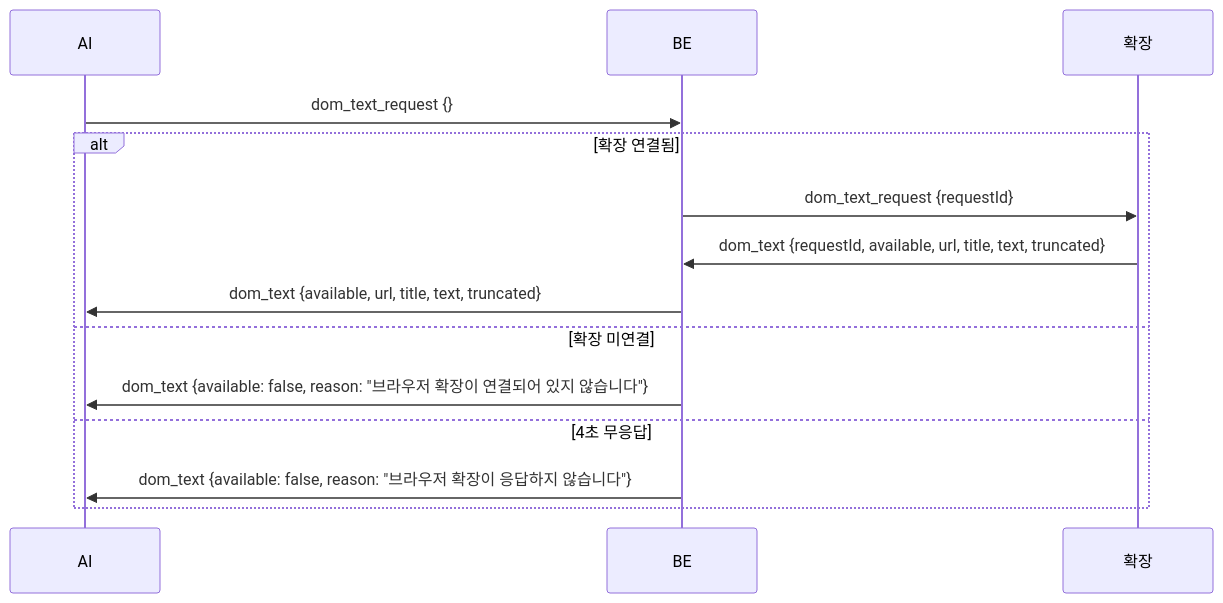
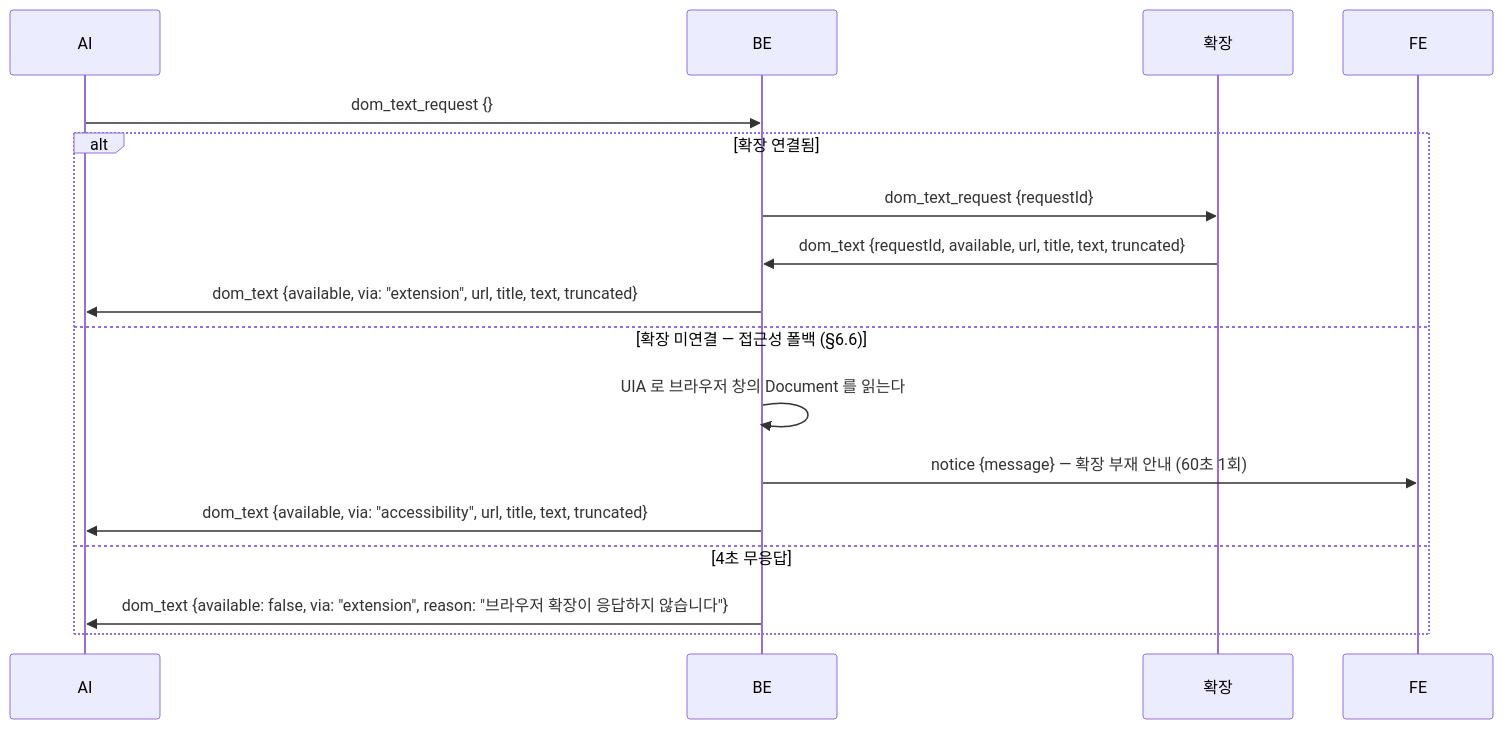
One commit to 42JH/SIA changed diagram 11 of 12 in Backend/docs/프로토콜.md. Above: the diagram before and after it, drawn with Mermaid. The commit also changed other lines of this file and 11 other files, not shown here.

First line of the commit message:
S15P21D106-186 feat(BE): 확장 미설치 시 접근성 기반 dom_text 폴백 구현

````diff
--- a/Backend/docs/프로토콜.md
+++ b/Backend/docs/프로토콜.md
@@ -1067,16 +1098,19 @@
 ```mermaid
 sequenceDiagram
     participant AI
     participant BE
     participant EXT as 확장
+    participant FE
     AI->>BE: dom_text_request {}
     alt 확장 연결됨
         BE->>EXT: dom_text_request {requestId}
         EXT->>BE: dom_text {requestId, available, url, title, text, truncated}
-        BE->>AI: dom_text {available, url, title, text, truncated}
-    else 확장 미연결
-        BE->>AI: dom_text {available: false, reason: "브라우저 확장이 연결되어 있지 않습니다"}
+        BE->>AI: dom_text {available, via: "extension", url, title, text, truncated}
+    else 확장 미연결 — 접근성 폴백 (§6.6)
+        BE->>BE: UIA 로 브라우저 창의 Document 를 읽는다
+        BE->>FE: notice {message} — 확장 부재 안내 (60초 1회)
+        BE->>AI: dom_text {available, via: "accessibility", url, title, text, truncated}
     else 4초 무응답
-        BE->>AI: dom_text {available: false, reason: "브라우저 확장이 응답하지 않습니다"}
+        BE->>AI: dom_text {available: false, via: "extension", reason: "브라우저 확장이 응답하지 않습니다"}
     end
 ```
````
